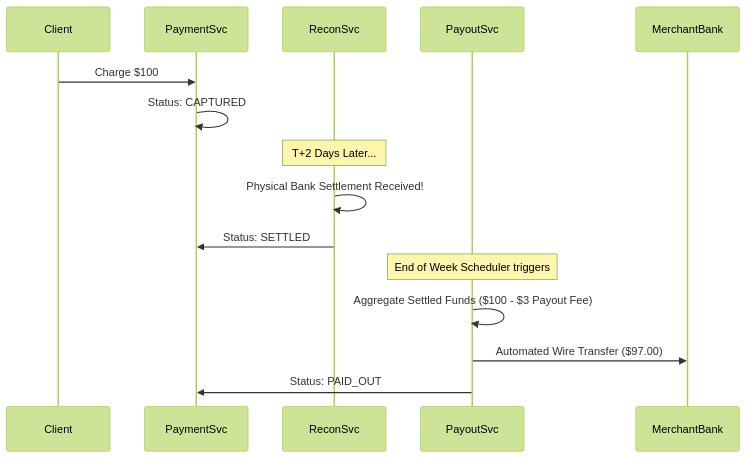
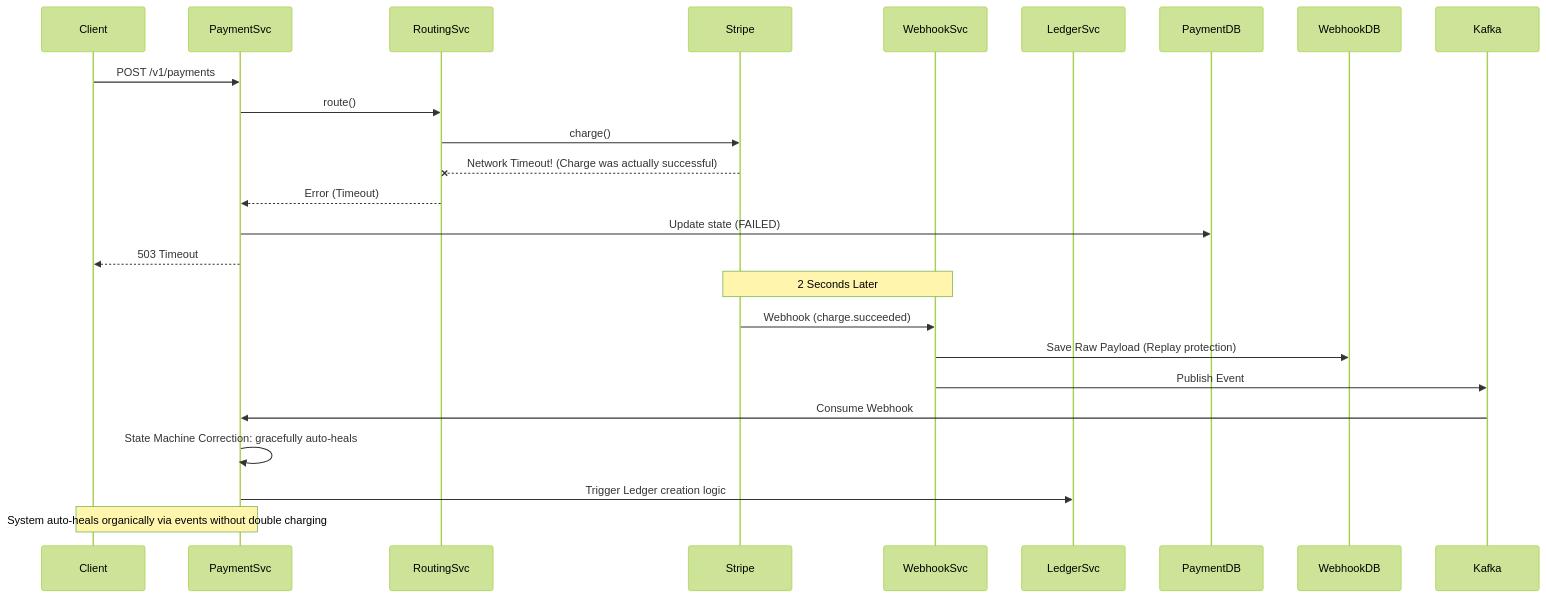
One commit to utm-git/payment-orchestration-system changed the second of 4 diagrams in SYSTEM_DESIGN.md. Above: the diagram before and after it, drawn with Mermaid (forest theme). The commit also changed other lines of this file, not shown here.

Commit message:
Docs: Append Phase 3 Architectural Evolutions additively without rewriting

````diff
--- a/SYSTEM_DESIGN.md
+++ b/SYSTEM_DESIGN.md
@@ -35,18 +138,26 @@
 ```mermaid
 sequenceDiagram
     participant Client
     participant PaymentSvc
-    participant ReconSvc
-    participant PayoutSvc
-    participant MerchantBank
+    participant RoutingSvc
+    participant Stripe
+    participant WebhookSvc
+    participant LedgerSvc
 
-    Client->>PaymentSvc: Charge $100
-    PaymentSvc->>PaymentSvc: Status: CAPTURED
-    Note over ReconSvc: T+2 Days Later...
-    ReconSvc->>ReconSvc: Physical Bank Settlement Received!
-    ReconSvc->>PaymentSvc: Status: SETTLED
-    Note over PayoutSvc: End of Week Scheduler triggers
-    PayoutSvc->>PayoutSvc: Aggregate Settled Funds ($100 - $3 Payout Fee)
-    PayoutSvc->>MerchantBank: Automated Wire Transfer ($97.00)
-    PayoutSvc->>PaymentSvc: Status: PAID_OUT
+    Client->>PaymentSvc: POST /v1/payments
+    PaymentSvc->>RoutingSvc: route()
+    RoutingSvc->>Stripe: charge()
+    Stripe--xRoutingSvc: Network Timeout! (Charge was actually successful)
+    RoutingSvc-->>PaymentSvc: Error (Timeout)
+    PaymentSvc->>PaymentDB: Update state (FAILED)
+    PaymentSvc-->>Client: 503 Timeout
+    
+    Note over WebhookSvc, Stripe: 2 Seconds Later
+    Stripe->>WebhookSvc: Webhook (charge.succeeded)
+    WebhookSvc->>WebhookDB: Save Raw Payload (Replay protection)
+    WebhookSvc->>Kafka: Publish Event
+    Kafka->>PaymentSvc: Consume Webhook
+    PaymentSvc->>PaymentSvc: State Machine Correction: gracefully auto-heals
+    PaymentSvc->>LedgerSvc: Trigger Ledger creation logic
+    Note over PaymentSvc, Client: System auto-heals organically via events without double charging
 ```
````
